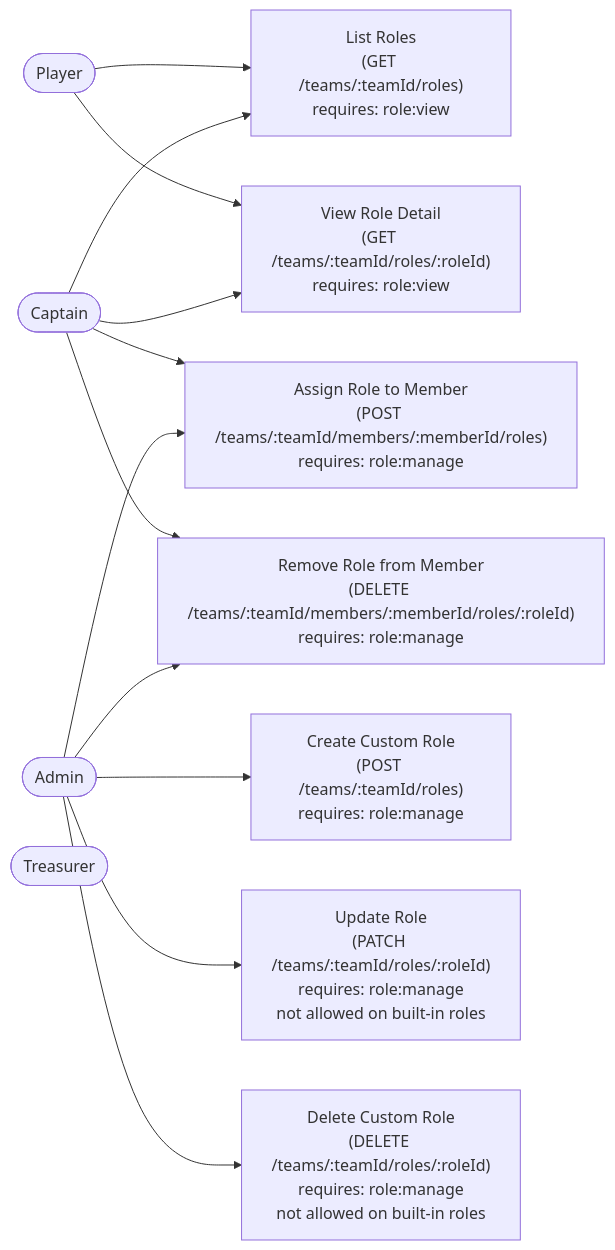
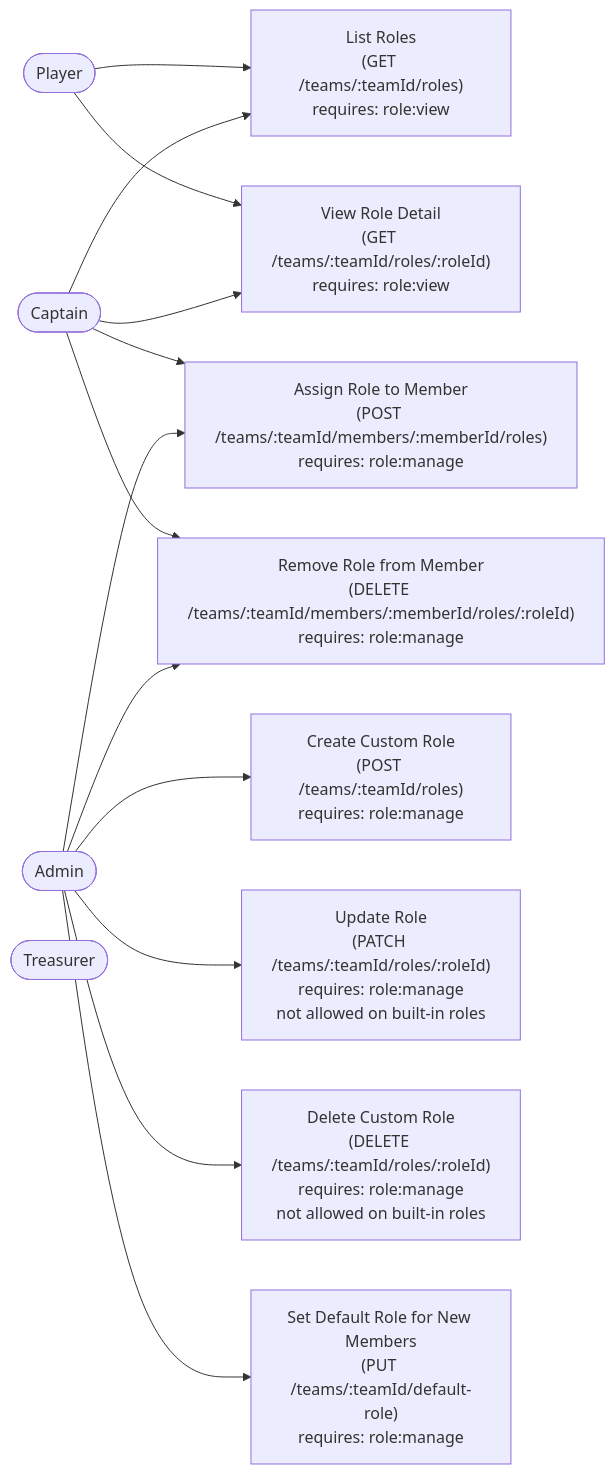
One commit to sideline-cz/sideline changed the fourth of 11 diagrams in docs/thesis/use-cases.md. Above: the diagram before and after it, drawn with Mermaid. The commit also changed other lines of this file and 103 other files, not shown here.

First line of the commit message:
feat: configurable default role on join (#719)

````diff
--- a/docs/thesis/use-cases.md
+++ b/docs/thesis/use-cases.md
@@ -414,27 +414,29 @@
 ```mermaid
 flowchart LR
     PL(["Player"])
     CP(["Captain"])
     AD(["Admin"])
     TR(["Treasurer"])
 
     UC_LIST_ROLES["List Roles\n(GET /teams/:teamId/roles)\nrequires: role:view"]
     UC_GET_ROLE["View Role Detail\n(GET /teams/:teamId/roles/:roleId)\nrequires: role:view"]
     UC_CREATE_ROLE["Create Custom Role\n(POST /teams/:teamId/roles)\nrequires: role:manage"]
     UC_UPDATE_ROLE["Update Role\n(PATCH /teams/:teamId/roles/:roleId)\nrequires: role:manage\nnot allowed on built-in roles"]
     UC_DELETE_ROLE["Delete Custom Role\n(DELETE /teams/:teamId/roles/:roleId)\nrequires: role:manage\nnot allowed on built-in roles"]
     UC_ASSIGN_ROLE["Assign Role to Member\n(POST /teams/:teamId/members/:memberId/roles)\nrequires: role:manage"]
     UC_UNASSIGN_ROLE["Remove Role from Member\n(DELETE /teams/:teamId/members/:memberId/roles/:roleId)\nrequires: role:manage"]
+    UC_SET_DEFAULT_ROLE["Set Default Role for New Members\n(PUT /teams/:teamId/default-role)\nrequires: role:manage"]
 
     PL --> UC_LIST_ROLES
     PL --> UC_GET_ROLE
     CP --> UC_LIST_ROLES
     CP --> UC_GET_ROLE
     CP --> UC_ASSIGN_ROLE
     CP --> UC_UNASSIGN_ROLE
     AD --> UC_CREATE_ROLE
     AD --> UC_UPDATE_ROLE
     AD --> UC_DELETE_ROLE
     AD --> UC_ASSIGN_ROLE
     AD --> UC_UNASSIGN_ROLE
+    AD --> UC_SET_DEFAULT_ROLE
 ```
````
